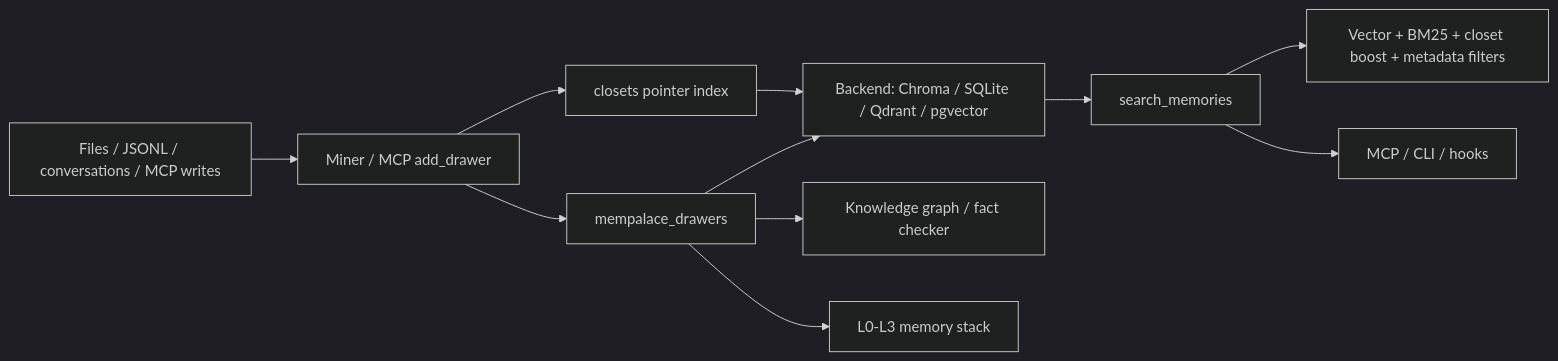
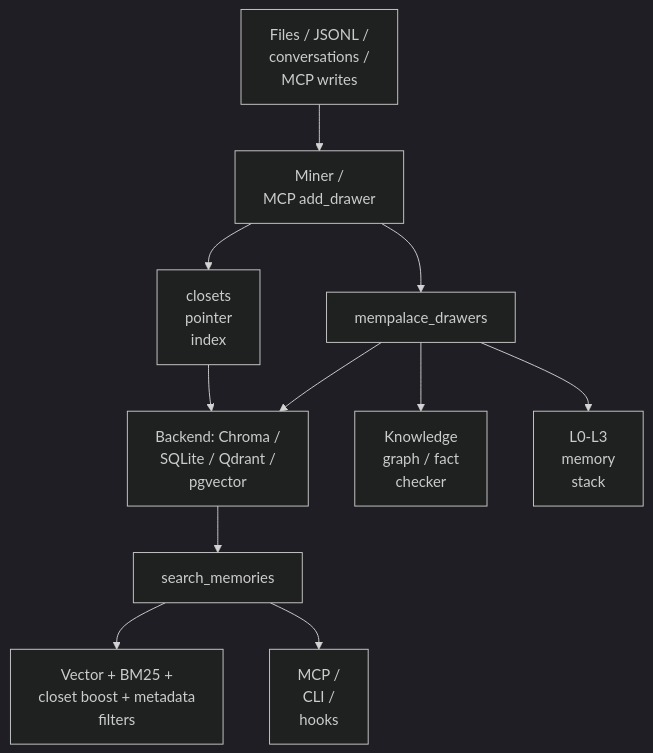
The diagram in content/systems/mempalace.md (neoneye/agent-memory-atlas), drawn with Mermaid (dark theme) before and after one commit. The commit also changed 99 other files, not shown here.

First line of the commit message:
Reshape the remaining 49 diagrams so their labels are legible

````diff
--- a/content/systems/mempalace.md
+++ b/content/systems/mempalace.md
@@ -95,13 +95,13 @@
 ```mermaid
-flowchart LR
-  Sources["Files / JSONL / conversations / MCP writes"] --> Miner["Miner / MCP add_drawer"]
+flowchart TD
+  Sources["Files / JSONL /<br/>conversations /<br/>MCP writes"] --> Miner["Miner /<br/>MCP add_drawer"]
   Miner --> Drawers["mempalace_drawers"]
-  Miner --> Closets["closets pointer index"]
-  Drawers --> Backend["Backend: Chroma / SQLite / Qdrant / pgvector"]
+  Miner --> Closets["closets<br/>pointer<br/>index"]
+  Drawers --> Backend["Backend: Chroma /<br/>SQLite / Qdrant /<br/>pgvector"]
   Closets --> Backend
   Backend --> Search["search_memories"]
-  Search --> Rank["Vector + BM25 + closet boost + metadata filters"]
-  Search --> MCP["MCP / CLI / hooks"]
-  Drawers --> KG["Knowledge graph / fact checker"]
-  Drawers --> Stack["L0-L3 memory stack"]
+  Search --> Rank["Vector + BM25 +<br/>closet boost + metadata<br/>filters"]
+  Search --> MCP["MCP /<br/>CLI /<br/>hooks"]
+  Drawers --> KG["Knowledge<br/>graph / fact<br/>checker"]
+  Drawers --> Stack["L0-L3<br/>memory<br/>stack"]
 ```
````
